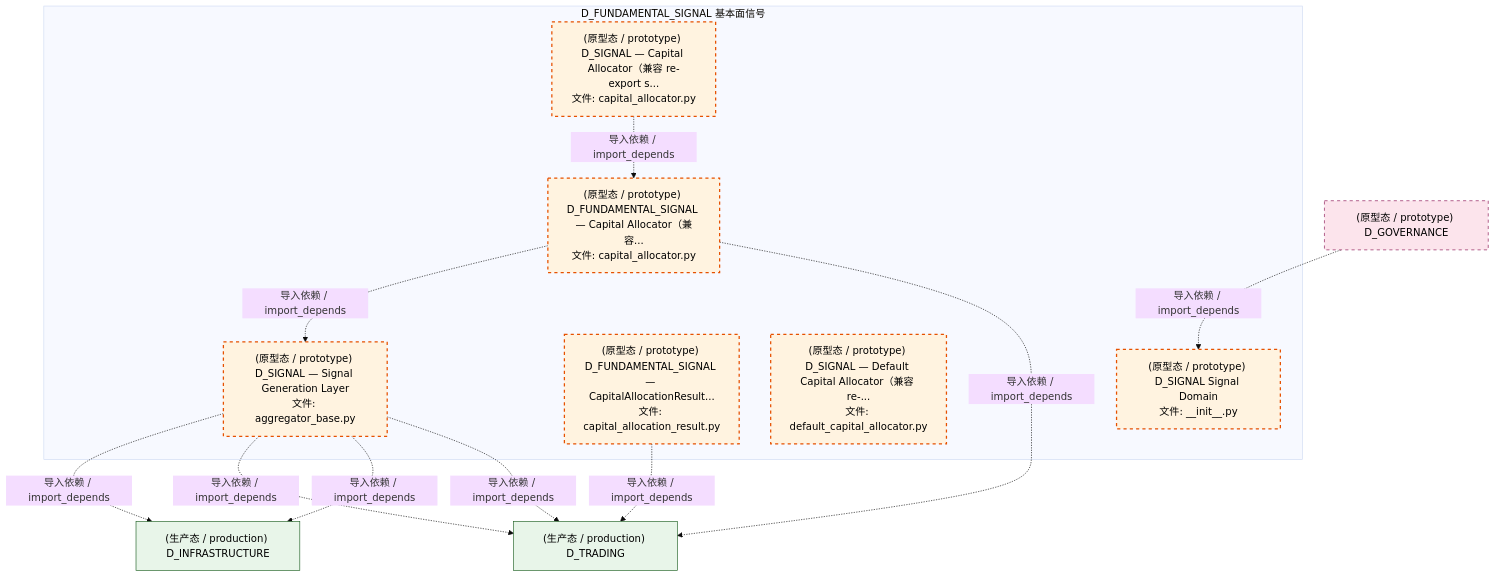
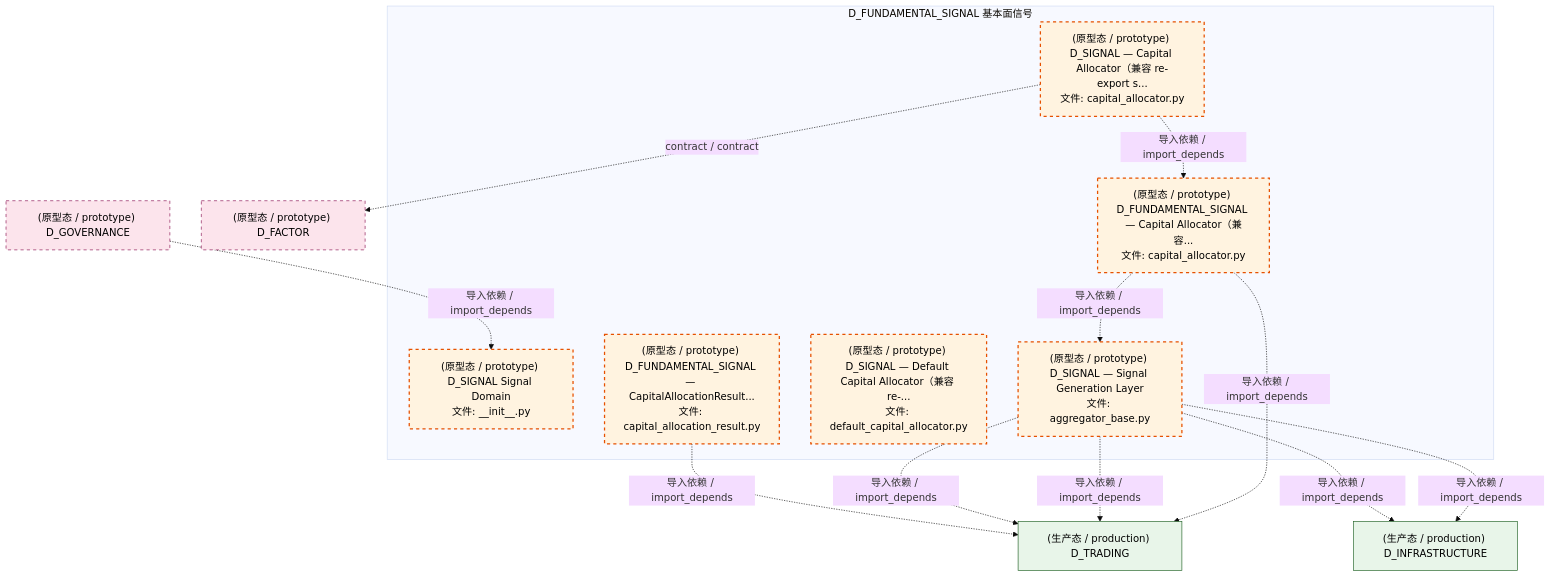
The third of 4 diagrams in docs/02_enterprise_architecture/02_domain_architecture_docs/37_d_fundamental_signal.md (xuanFelixVan/ZephyrAlpha), drawn with Mermaid (base theme) before and after one commit. The commit also changed other lines of this file and 103 other files, not shown here.

````diff
--- a/docs/02_enterprise_architecture/02_domain_architecture_docs/37_d_fundamental_signal.md
+++ b/docs/02_enterprise_architecture/02_domain_architecture_docs/37_d_fundamental_signal.md
@@ -172,30 +171,32 @@
 ```mermaid
 graph TD
     subgraph D_FUNDAMENTAL_SIGNAL["D_FUNDAMENTAL_SIGNAL 基本面信号"]
         src_zephyr_signal_fundamental_init_py["(原型态 / prototype) D_SIGNAL Signal Domain<br/>文件: __init__.py"]
         src_zephyr_signal_fundamental_capital_capital_allocation_result_py["(原型态 / prototype) D_FUNDAMENTAL_SIGNAL — CapitalAllocationResult...<br/>文件: capital_allocation_result.py"]
         src_zephyr_signal_fundamental_capital_capital_allocator_py["(原型态 / prototype) D_SIGNAL — Capital Allocator（兼容 re-export s...<br/>文件: capital_allocator.py"]
         src_zephyr_signal_fundamental_capital_default_capital_allocator_py["(原型态 / prototype) D_SIGNAL — Default Capital Allocator（兼容 re-...<br/>文件: default_capital_allocator.py"]
         src_zephyr_signal_fundamental_gen_aggregator_base_py["(原型态 / prototype) D_SIGNAL — Signal Generation Layer<br/>文件: aggregator_base.py"]
         src_zephyr_signal_fundamental_strategy_capital_allocator_py["(原型态 / prototype) D_FUNDAMENTAL_SIGNAL — Capital Allocator（兼容...<br/>文件: capital_allocator.py"]
     end
     src_zephyr_signal_fundamental_capital_capital_allocator_py -.->|导入依赖 / import_depends| src_zephyr_signal_fundamental_strategy_capital_allocator_py
     src_zephyr_signal_fundamental_strategy_capital_allocator_py -.->|导入依赖 / import_depends| src_zephyr_signal_fundamental_gen_aggregator_base_py
+    D_FACTOR["(原型态 / prototype) D_FACTOR"]
+    src_zephyr_signal_fundamental_capital_capital_allocator_py -.->|contract / contract| D_FACTOR
     D_TRADING["(生产态 / production) D_TRADING"]
     src_zephyr_signal_fundamental_capital_capital_allocation_result_py -.->|导入依赖 / import_depends| D_TRADING
+    src_zephyr_signal_fundamental_gen_aggregator_base_py -.->|导入依赖 / import_depends| D_TRADING
+    src_zephyr_signal_fundamental_gen_aggregator_base_py -.->|导入依赖 / import_depends| D_TRADING
     D_INFRASTRUCTURE["(生产态 / production) D_INFRASTRUCTURE"]
     src_zephyr_signal_fundamental_gen_aggregator_base_py -.->|导入依赖 / import_depends| D_INFRASTRUCTURE
-    src_zephyr_signal_fundamental_gen_aggregator_base_py -.->|导入依赖 / import_depends| D_TRADING
     src_zephyr_signal_fundamental_gen_aggregator_base_py -.->|导入依赖 / import_depends| D_INFRASTRUCTURE
-    src_zephyr_signal_fundamental_gen_aggregator_base_py -.->|导入依赖 / import_depends| D_TRADING
     src_zephyr_signal_fundamental_strategy_capital_allocator_py -.->|导入依赖 / import_depends| D_TRADING
     D_GOVERNANCE["(原型态 / prototype) D_GOVERNANCE"]
     D_GOVERNANCE -.->|导入依赖 / import_depends| src_zephyr_signal_fundamental_init_py
     classDef production fill:#e1f5fe,stroke:#01579b,stroke-width:2px,color:#000
     classDef design fill:#fff3e0,stroke:#e65100,stroke-width:2px,color:#000,stroke-dasharray: 5 5
     classDef external_prod fill:#e8f5e9,stroke:#1b5e20,stroke-width:1px,color:#000
     classDef external_design fill:#fce4ec,stroke:#880e4f,stroke-width:1px,color:#000,stroke-dasharray: 5 5
     class src_zephyr_signal_fundamental_init_py,src_zephyr_signal_fundamental_capital_capital_allocation_result_py,src_zephyr_signal_fundamental_capital_capital_allocator_py,src_zephyr_signal_fundamental_capital_default_capital_allocator_py,src_zephyr_signal_fundamental_gen_aggregator_base_py,src_zephyr_signal_fundamental_strategy_capital_allocator_py design
     class D_TRADING,D_INFRASTRUCTURE external_prod
-    class D_GOVERNANCE external_design
+    class D_FACTOR,D_GOVERNANCE external_design
 ```
````
